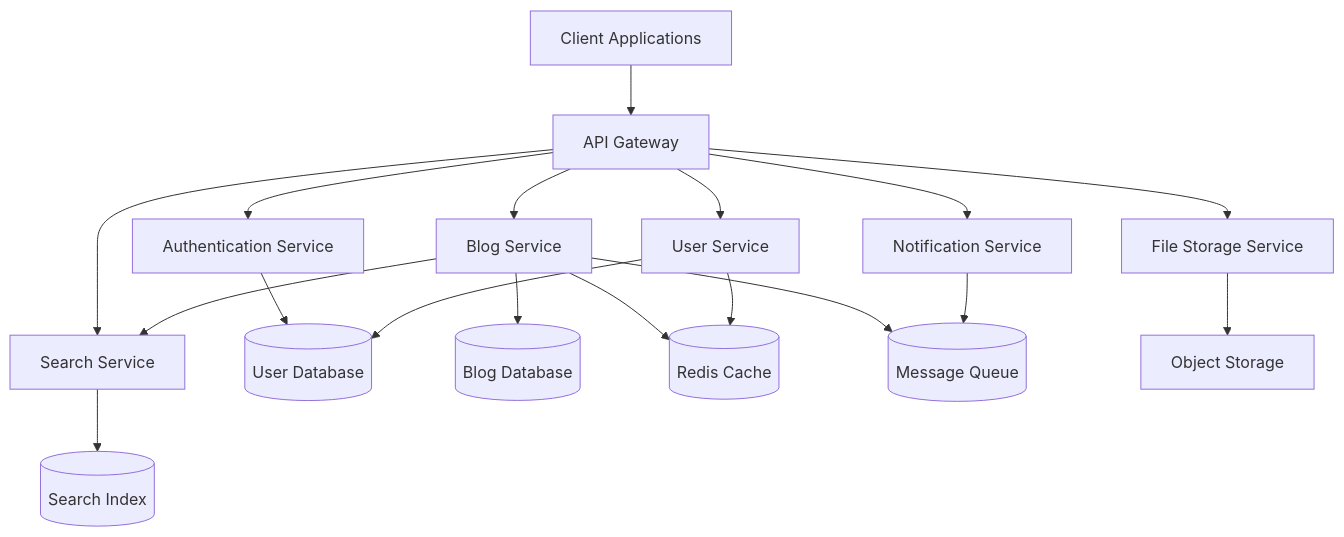
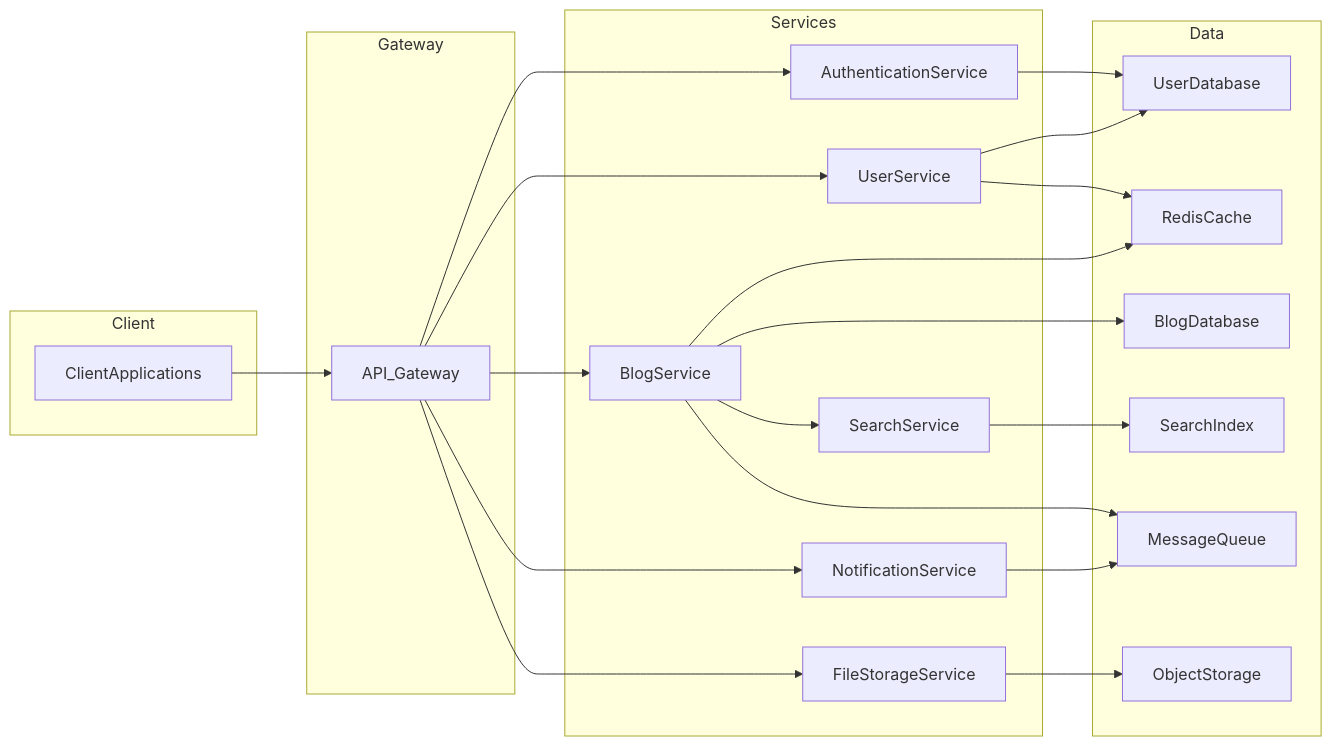
The diagram in blog-system-architecture.mermaid (3zeyez/blog), drawn with Mermaid before and after one commit. The commit also changed 1 other file, not shown here.

Commit message:
Refactor architecture diagram for clarity and organization

```diff
--- a/blog-system-architecture.mermaid
+++ b/blog-system-architecture.mermaid
@@ -1,35 +1,39 @@
-graph TD
-    Client[Client Applications]
-    API[API Gateway]
-    Auth[Authentication Service]
-    UserService[User Service]
-    BlogService[Blog Service]
-    NotificationService[Notification Service]
-    SearchService[Search Service]
-    FileService[File Storage Service]
-    
-    UserDB[(User Database)]
-    BlogDB[(Blog Database)]
-    SearchDB[(Search Index)]
-    Cache[(Redis Cache)]
-    Queue[(Message Queue)]
-    
-    Client --> API
-    API --> Auth
-    API --> UserService
-    API --> BlogService
-    API --> NotificationService
-    API --> SearchService
-    API --> FileService
-    
-    Auth --> UserDB
-    UserService --> UserDB
-    BlogService --> BlogDB
+graph LR
+    subgraph Client
+        ClientApplications
+    end
+    subgraph Gateway
+        API_Gateway
+    end
+    subgraph Services
+        AuthenticationService
+        BlogService
+        UserService
+        NotificationService
+        FileStorageService
+        SearchService
+    end
+    subgraph Data
+        UserDatabase
+        RedisCache
+        BlogDatabase
+        SearchIndex
+        MessageQueue
+        ObjectStorage
+    end
+    ClientApplications --> API_Gateway
+    API_Gateway --> AuthenticationService
+    API_Gateway --> BlogService
+    API_Gateway --> UserService
+    API_Gateway --> NotificationService
+    API_Gateway --> FileStorageService
+    AuthenticationService --> UserDatabase
+    UserService --> RedisCache
+    UserService --> UserDatabase
+    BlogService --> BlogDatabase
+    BlogService --> RedisCache
     BlogService --> SearchService
-    BlogService --> Queue
-    NotificationService --> Queue
-    SearchService --> SearchDB
-    FileService --> Storage[Object Storage]
-    
-    BlogService --> Cache
-    UserService --> Cache
+    BlogService --> MessageQueue
+    SearchService --> SearchIndex
+    FileStorageService --> ObjectStorage
+    NotificationService --> MessageQueue
```
